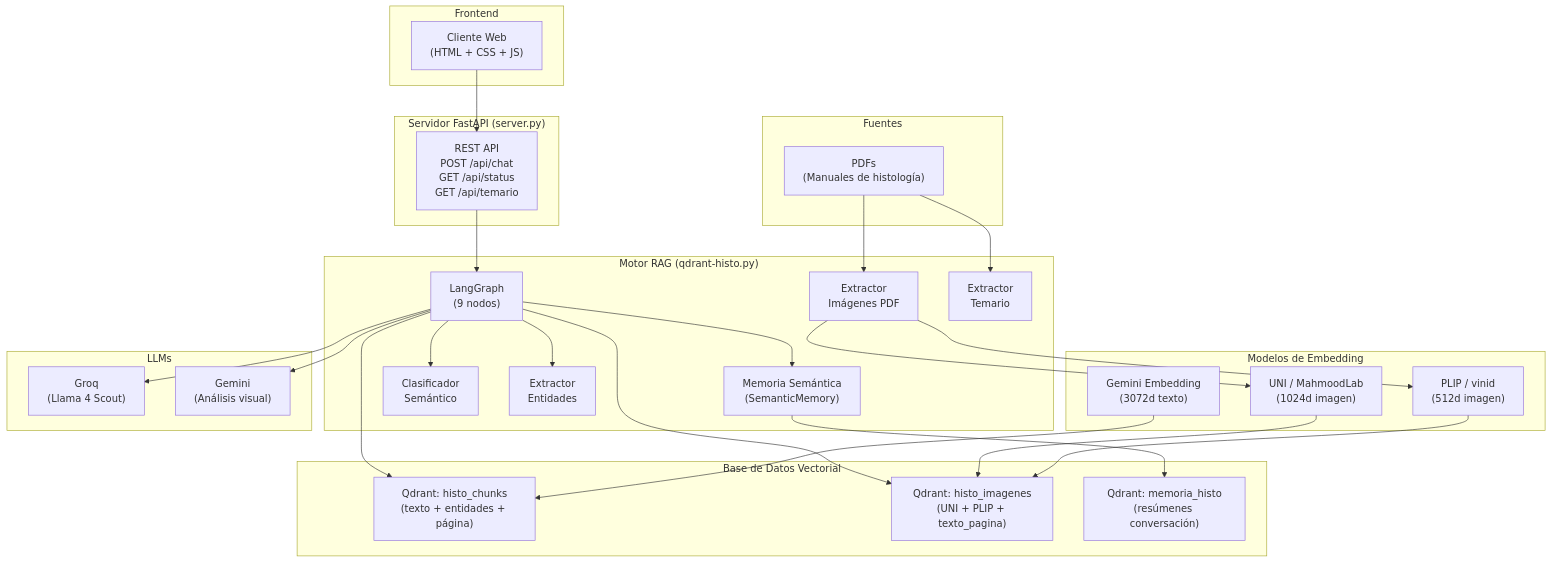
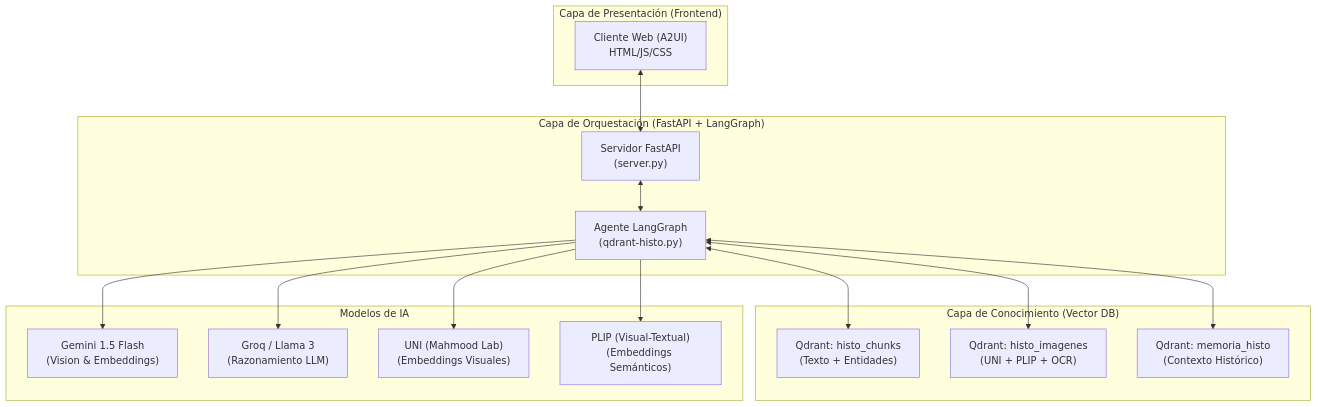
One commit to dracero/histo-test-qdrant changed the diagram in README.md. Above: the diagram before and after it, drawn with Mermaid. The commit also changed other lines of this file and 4 other files, not shown here.

````diff
--- a/README.md
+++ b/README.md
@@ -28,58 +24,34 @@
 ```mermaid
 graph TB
-    subgraph Frontend
-        UI["Cliente Web<br/>(HTML + CSS + JS)"]
+    subgraph "Capa de Presentación (Frontend)"
+        UI["Cliente Web (A2UI)<br/>HTML/JS/CSS"]
     end
 
-    subgraph "Servidor FastAPI (server.py)"
-        API["REST API<br/>POST /api/chat<br/>GET /api/status<br/>GET /api/temario"]
+    subgraph "Capa de Orquestación (FastAPI + LangGraph)"
+        API["Servidor FastAPI<br/>(server.py)"]
+        AG["Agente LangGraph<br/>(qdrant-histo.py)"]
     end
 
-    subgraph "Motor RAG (qdrant-histo.py)"
-        LG["LangGraph<br/>(9 nodos)"]
-        MEM["Memoria Semántica<br/>(SemanticMemory)"]
-        CLAS["Clasificador<br/>Semántico"]
-        EXT_ENT["Extractor<br/>Entidades"]
-        EXT_IMG["Extractor<br/>Imágenes PDF"]
-        EXT_TEM["Extractor<br/>Temario"]
+    subgraph "Capa de Conocimiento (Vector DB)"
+        QD_C["Qdrant: histo_chunks<br/>(Texto + Entidades)"]
+        QD_I["Qdrant: histo_imagenes<br/>(UNI + PLIP + OCR)"]
+        QD_M["Qdrant: memoria_histo<br/>(Contexto Histórico)"]
     end
 
-    subgraph "Modelos de Embedding"
-        GEMINI_EMB["Gemini Embedding<br/>(3072d texto)"]
-        UNI_EMB["UNI / MahmoodLab<br/>(1024d imagen)"]
-        PLIP_EMB["PLIP / vinid<br/>(512d imagen)"]
+    subgraph "Modelos de IA"
+        GEMINI["Gemini 1.5 Flash<br/>(Vision & Embeddings)"]
+        GROQ["Groq / Llama 3<br/>(Razonamiento LLM)"]
+        UNI["UNI (Mahmood Lab)<br/>(Embeddings Visuales)"]
+        PLIP["PLIP (Visual-Textual)<br/>(Embeddings Semánticos)"]
     end
 
-    subgraph "LLMs"
-        GROQ["Groq<br/>(Llama 4 Scout)"]
-        GEMINI_VIS["Gemini<br/>(Análisis visual)"]
-    end
-
-    subgraph "Base de Datos Vectorial"
-        QD_CHUNKS["Qdrant: histo_chunks<br/>(texto + entidades + página)"]
-        QD_IMGS["Qdrant: histo_imagenes<br/>(UNI + PLIP + texto_pagina)"]
-        QD_MEM["Qdrant: memoria_histo<br/>(resúmenes conversación)"]
-    end
-
-    subgraph "Fuentes"
-        PDF["PDFs<br/>(Manuales de histología)"]
-    end
-
-    UI --> API
-    API --> LG
-    LG --> MEM
-    LG --> CLAS
-    LG --> EXT_ENT
-    LG --> GROQ
-    LG --> GEMINI_VIS
-    LG --> QD_CHUNKS
-    LG --> QD_IMGS
-    PDF --> EXT_IMG
-    PDF --> EXT_TEM
-    EXT_IMG --> UNI_EMB
-    EXT_IMG --> PLIP_EMB
-    UNI_EMB --> QD_IMGS
-    PLIP_EMB --> QD_IMGS
-    GEMINI_EMB --> QD_CHUNKS
-    MEM --> QD_MEM
+    UI <--> API
+    API <--> AG
+    AG --> GEMINI
+    AG --> GROQ
+    AG --> UNI
+    AG --> PLIP
+    AG <--> QD_C
+    AG <--> QD_I
+    AG <--> QD_M
 ```
````
